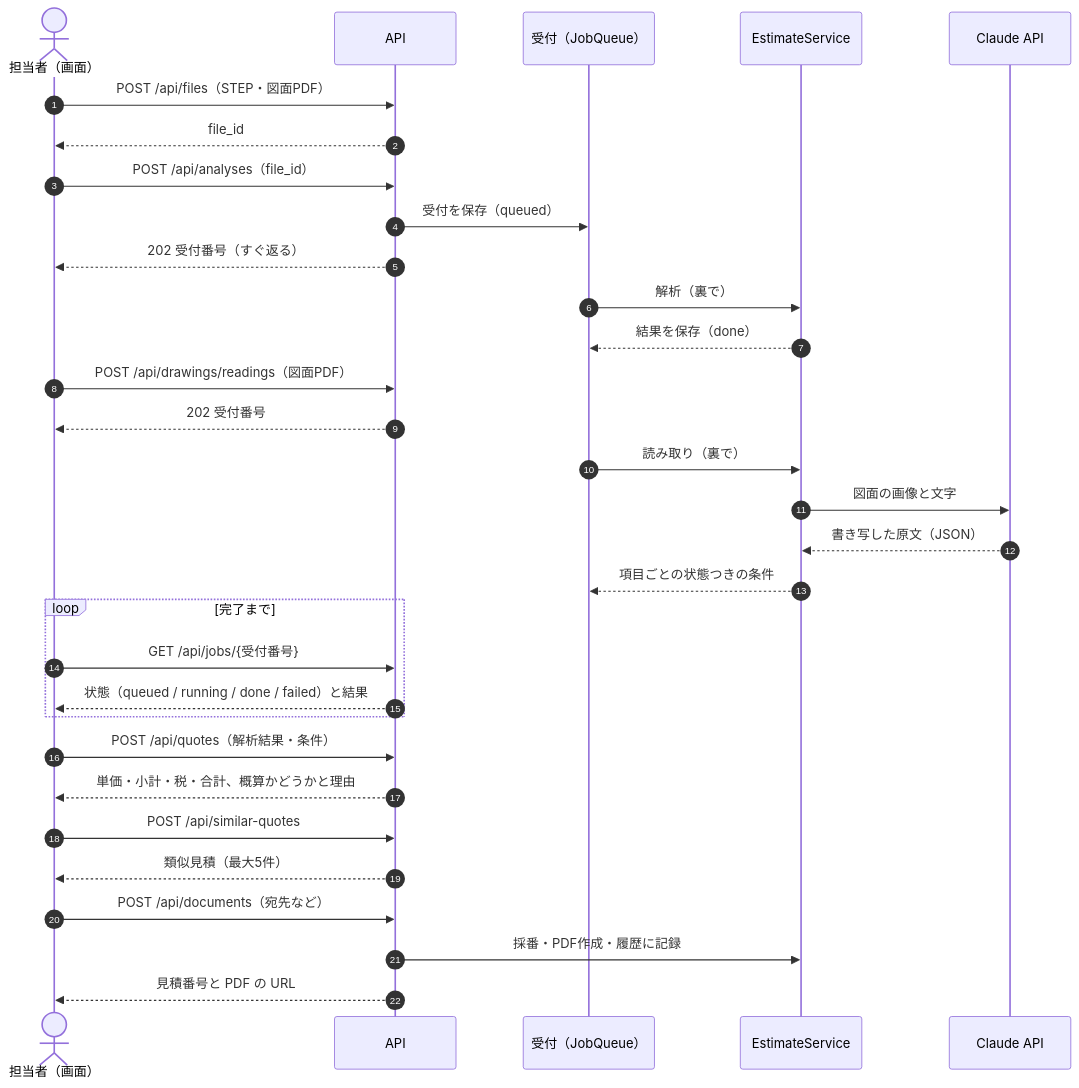
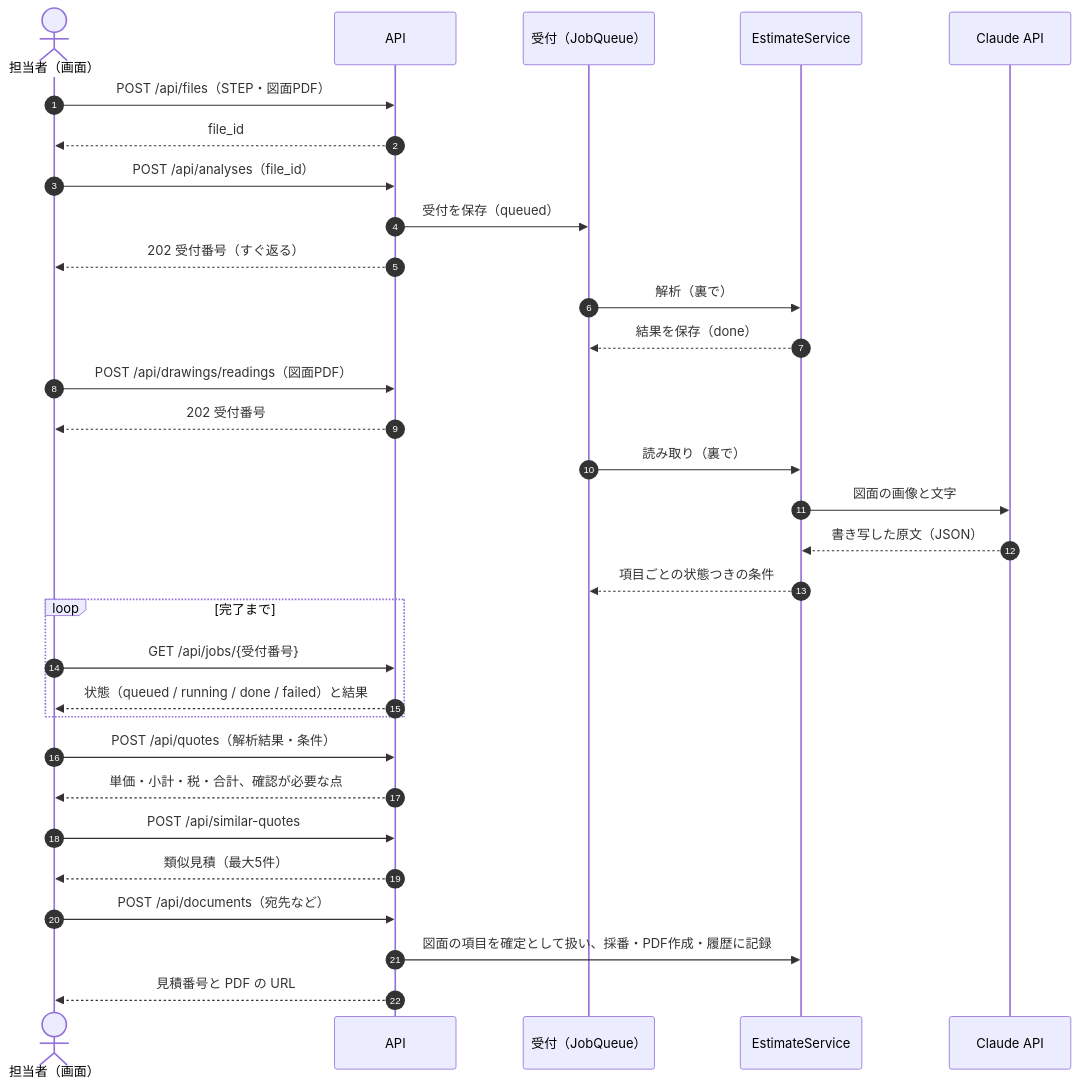
The second of 12 diagrams in docs/02_設計書.md (1975020t/step_analysis_for_automatic-estimate), drawn with Mermaid before and after one commit. The commit also changed other lines of this file and 67 other files, not shown here.

````diff
--- a/docs/02_設計書.md
+++ b/docs/02_設計書.md
@@ -37,33 +37,33 @@
 ```mermaid 図 アップロードから見積書までのシーケンス（API を使う場合）
 sequenceDiagram
   autonumber
   actor U as 担当者（画面）
   participant A as API
   participant J as 受付（JobQueue）
   participant S as EstimateService
   participant L as Claude API
   U->>A: POST /api/files（STEP・図面PDF）
   A-->>U: file_id
   U->>A: POST /api/analyses（file_id）
   A->>J: 受付を保存（queued）
   A-->>U: 202 受付番号（すぐ返る）
   J->>S: 解析（裏で）
   S-->>J: 結果を保存（done）
   U->>A: POST /api/drawings/readings（図面PDF）
   A-->>U: 202 受付番号
   J->>S: 読み取り（裏で）
   S->>L: 図面の画像と文字
   L-->>S: 書き写した原文（JSON）
   S-->>J: 項目ごとの状態つきの条件
   loop 完了まで
     U->>A: GET /api/jobs/{受付番号}
     A-->>U: 状態（queued / running / done / failed）と結果
   end
   U->>A: POST /api/quotes（解析結果・条件）
-  A-->>U: 単価・小計・税・合計、概算かどうかと理由
+  A-->>U: 単価・小計・税・合計、確認が必要な点
   U->>A: POST /api/similar-quotes
   A-->>U: 類似見積（最大5件）
   U->>A: POST /api/documents（宛先など）
-  A->>S: 採番・PDF作成・履歴に記録
+  A->>S: 図面の項目を確定として扱い、採番・PDF作成・履歴に記録
   A-->>U: 見積番号と PDF の URL
 ```
````
